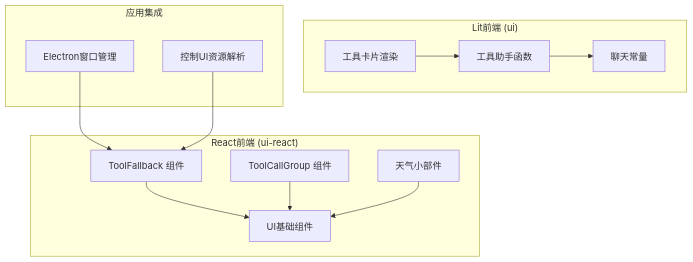
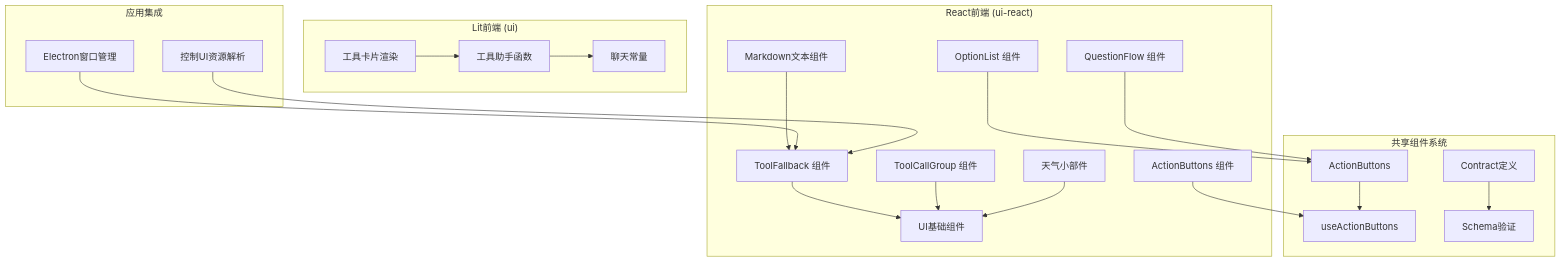
One commit to verse-ai-org/openclaw changed the first of 9 diagrams in .qoder/repowiki/zh/content/Web界面/UI组件系统/工具UI组件.md. Above: the diagram before and after it, drawn with Mermaid. The commit also changed other lines of this file and 89 other files, not shown here.

````diff
--- a/.qoder/repowiki/zh/content/Web界面/UI组件系统/工具UI组件.md
+++ b/.qoder/repowiki/zh/content/Web界面/UI组件系统/工具UI组件.md
@@ -40,25 +59,41 @@
 ```mermaid
 graph TB
 subgraph "React前端 (ui-react)"
 RF1[ToolFallback 组件]
 RF2[ToolCallGroup 组件]
 RF3[天气小部件]
 RF4[UI基础组件]
+RF5[Markdown文本组件]
+RF6[OptionList 组件]
+RF7[QuestionFlow 组件]
+RF8[ActionButtons 组件]
 end
 subgraph "Lit前端 (ui)"
 LF1[工具卡片渲染]
 LF2[工具助手函数]
 LF3[聊天常量]
 end
 subgraph "应用集成"
 A1[Electron窗口管理]
 A2[控制UI资源解析]
 end
+subgraph "共享组件系统"
+SC1[ActionButtons]
+SC2[useActionButtons]
+SC3[Contract定义]
+SC4[Schema验证]
+end
 RF1 --> RF4
 RF2 --> RF4
 RF3 --> RF4
+RF5 --> RF1
+RF6 --> SC1
+RF7 --> SC1
+RF8 --> SC2
+SC1 --> SC2
+SC3 --> SC4
 LF1 --> LF2
 LF2 --> LF3
 A1 --> RF1
 A2 --> RF1
 ```
````
